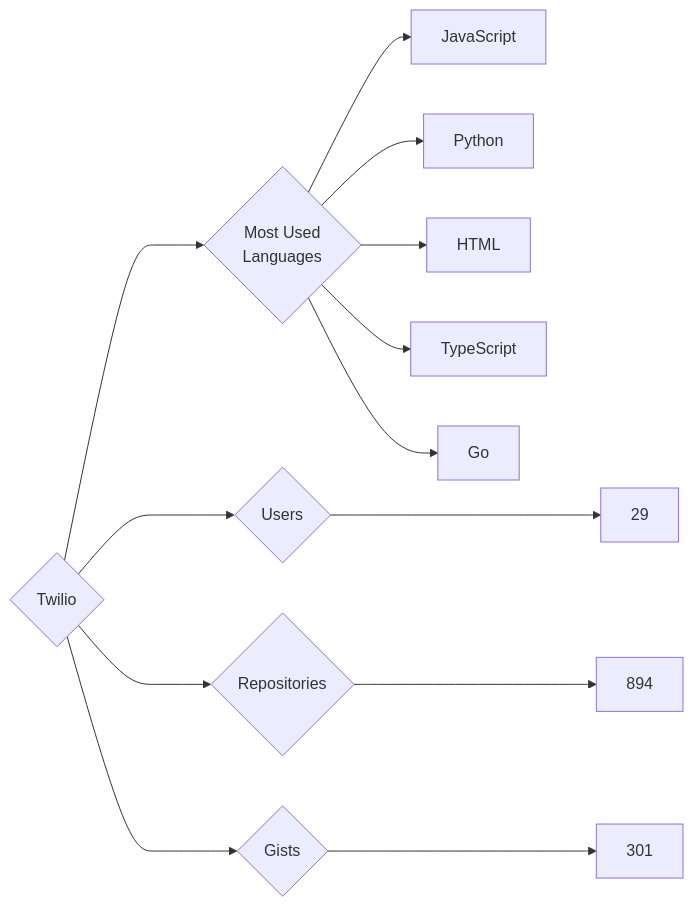
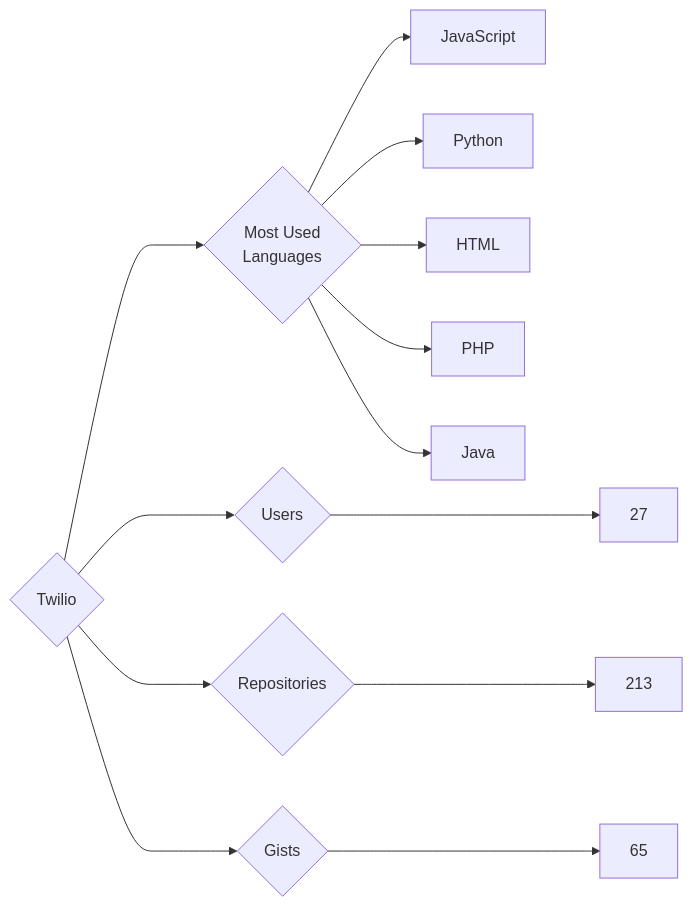
One commit to trickest/insiders changed the diagram in targets/Twilio/README.md. Above: the diagram before and after it, drawn with Mermaid. The commit also changed 695 other files, not shown here.

````diff
--- a/targets/Twilio/README.md
+++ b/targets/Twilio/README.md
@@ -3,13 +3,13 @@
 ```mermaid
 graph LR
 COMPANY_NAME{Twilio}
-COMPANY_NAME ---> U{Users} ---> UN[29]
-COMPANY_NAME ---> R{Repositories} ---> RN[894]
-COMPANY_NAME ---> G{Gists} ---> GN[301]
+COMPANY_NAME ---> U{Users} ---> UN[27]
+COMPANY_NAME ---> R{Repositories} ---> RN[213]
+COMPANY_NAME ---> G{Gists} ---> GN[65]
 COMPANY_NAME ---> ML{Most Used<br>Languages}
 ML --> JavaScript[JavaScript]
 ML --> Python[Python]
 ML --> HTML[HTML]
-ML --> TypeScript[TypeScript]
-ML --> Go[Go]
+ML --> PHP[PHP]
+ML --> Java[Java]
 ```
````
